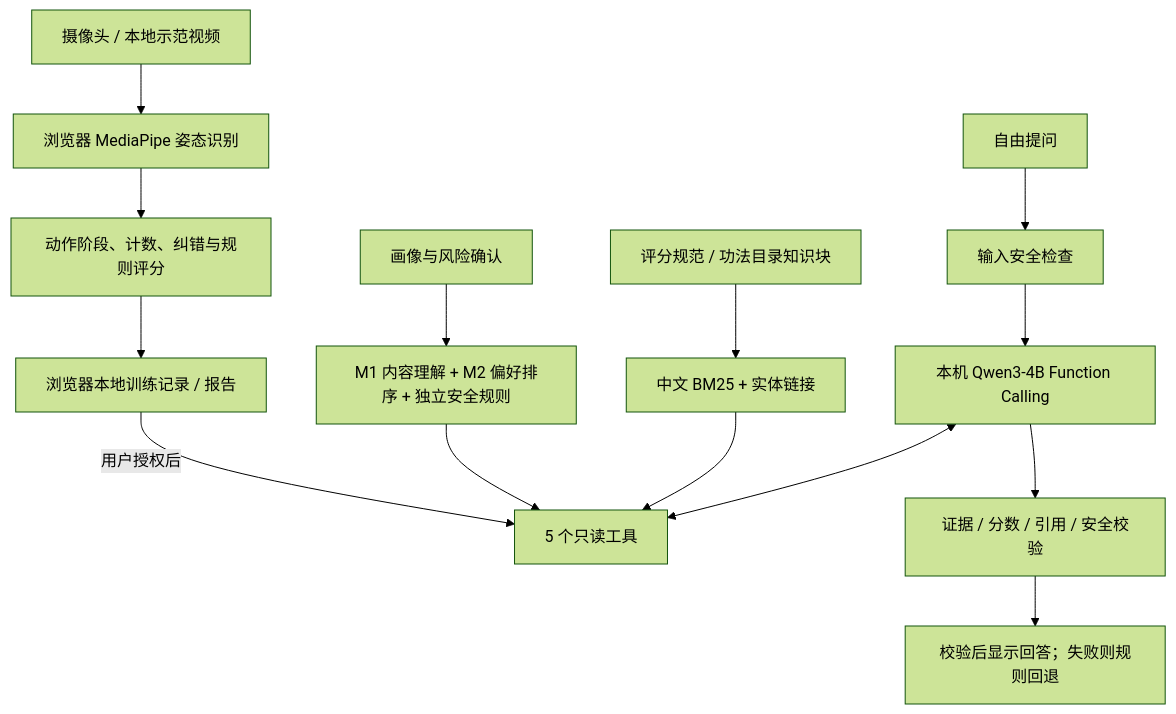
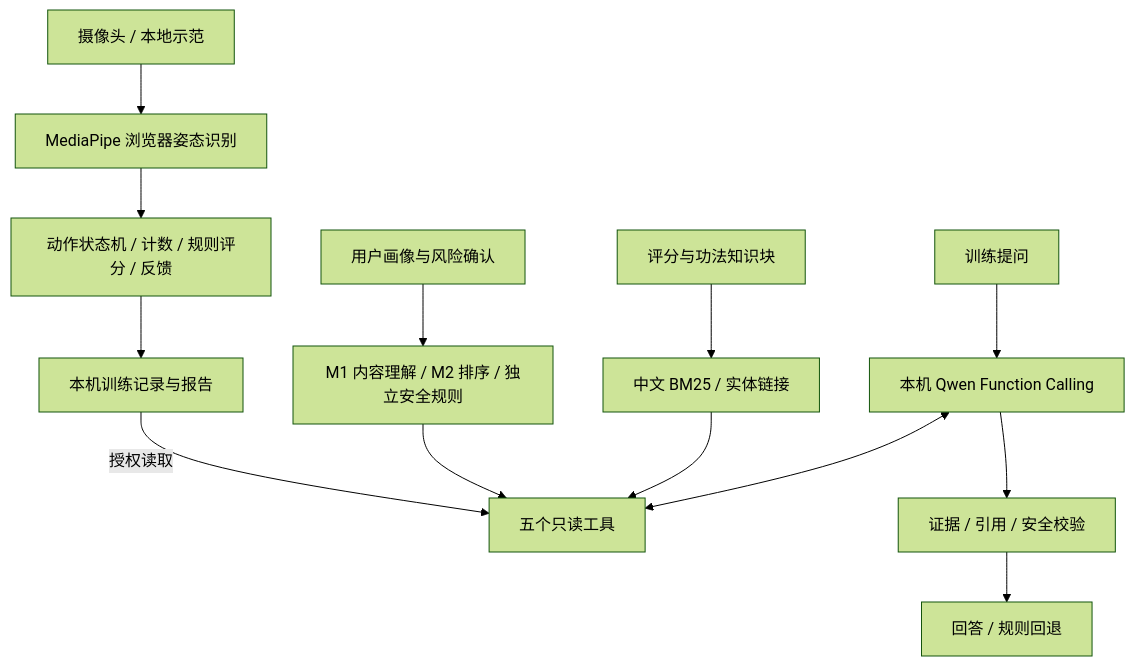
One commit to FormPilot-Team/FormPilot-ChuanzhiCup-2026-Submission changed the diagram in README.md. Above: the diagram before and after it, drawn with Mermaid (forest theme). The commit also changed other lines of this file and 34 other files, not shown here.

````diff
--- a/README.md
+++ b/README.md
@@ -22,16 +20,15 @@
 ```mermaid
 flowchart TD
-  Camera[摄像头 / 本地示范视频] --> Pose[浏览器 MediaPipe 姿态识别]
-  Pose --> Training[动作阶段、计数、纠错与规则评分]
-  Training --> History[浏览器本地训练记录 / 报告]
-  Profile[画像与风险确认] --> Decision[M1 内容理解 + M2 偏好排序 + 独立安全规则]
-  History -->|用户授权后| Tools[5 个只读工具]
+  Camera[摄像头 / 本地示范] --> Pose[MediaPipe 浏览器姿态识别]
+  Pose --> Training[动作状态机 / 计数 / 规则评分 / 反馈]
+  Training --> Records[本机训练记录与报告]
+  Profile[用户画像与风险确认] --> Decision[M1 内容理解 / M2 排序 / 独立安全规则]
+  Records -->|授权读取| Tools[五个只读工具]
   Decision --> Tools
-  Corpus[评分规范 / 功法目录知识块] --> RAG[中文 BM25 + 实体链接]
+  Knowledge[评分与功法知识块] --> RAG[中文 BM25 / 实体链接]
   RAG --> Tools
-  Question[自由提问] --> InputGuard[输入安全检查]
-  InputGuard --> Agent[本机 Qwen3-4B Function Calling]
+  Question[训练提问] --> Agent[本机 Qwen Function Calling]
   Agent <--> Tools
-  Agent --> Validate[证据 / 分数 / 引用 / 安全校验]
-  Validate --> Answer[校验后显示回答；失败则规则回退]
+  Agent --> Guard[证据 / 引用 / 安全校验]
+  Guard --> Answer[回答 / 规则回退]
 ```
````
